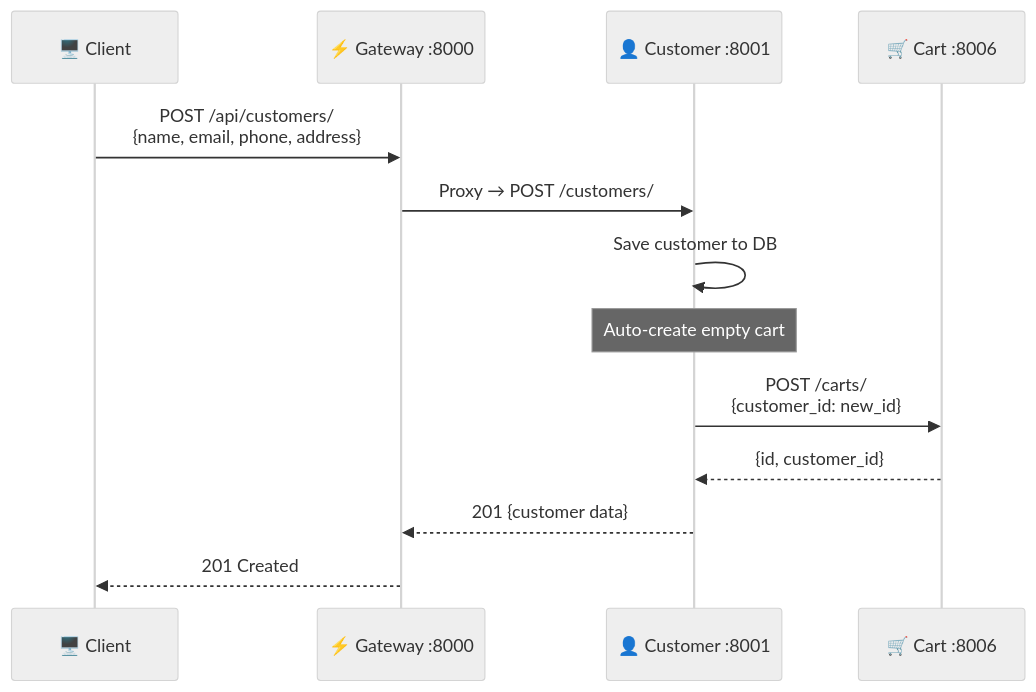
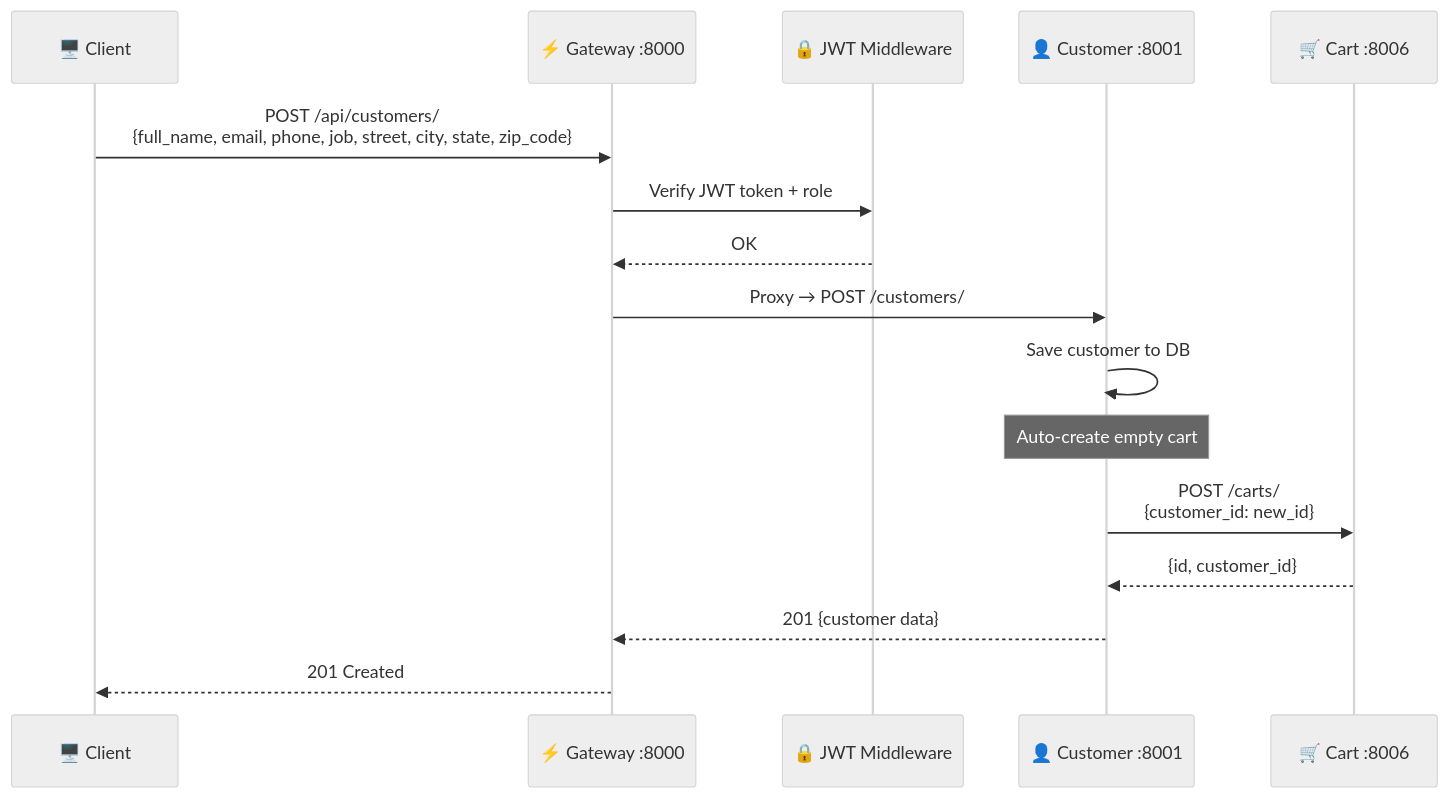
Before and after one commit to tuantm204/Bookstore: the sixth of 7 diagrams in ARCHITECTURE_DIAGRAM.md, drawn with Mermaid (neutral theme). The commit also changed other lines of this file and 43 other files, not shown here.

````diff
--- a/ARCHITECTURE_DIAGRAM.md
+++ b/ARCHITECTURE_DIAGRAM.md
@@ -224,18 +283,21 @@
 ```mermaid
 sequenceDiagram
     participant C as 🖥️ Client
     participant GW as ⚡ Gateway :8000
+    participant MW as 🔒 JWT Middleware
     participant CS as 👤 Customer :8001
     participant CRS as 🛒 Cart :8006
 
-    C->>GW: POST /api/customers/<br/>{name, email, phone, address}
+    C->>GW: POST /api/customers/<br/>{full_name, email, phone, job, street, city, state, zip_code}
+    GW->>MW: Verify JWT token + role
+    MW-->>GW: OK
     GW->>CS: Proxy → POST /customers/
     CS->>CS: Save customer to DB
 
     Note over CS: Auto-create empty cart
     CS->>CRS: POST /carts/<br/>{customer_id: new_id}
     CRS-->>CS: {id, customer_id}
 
     CS-->>GW: 201 {customer data}
     GW-->>C: 201 Created
 ```
````
